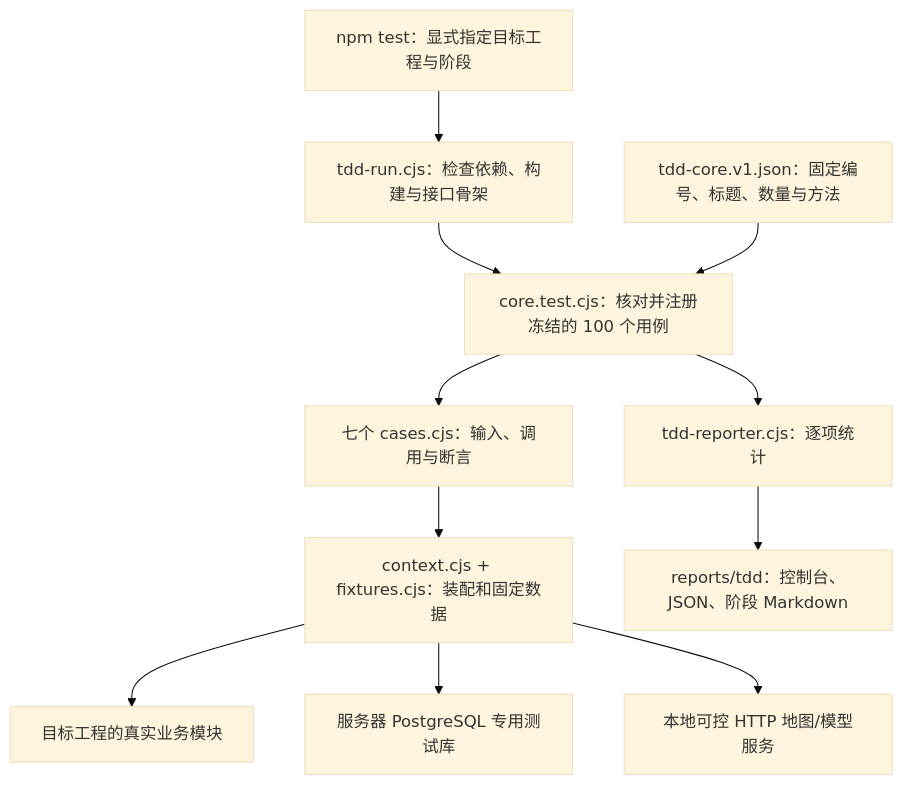
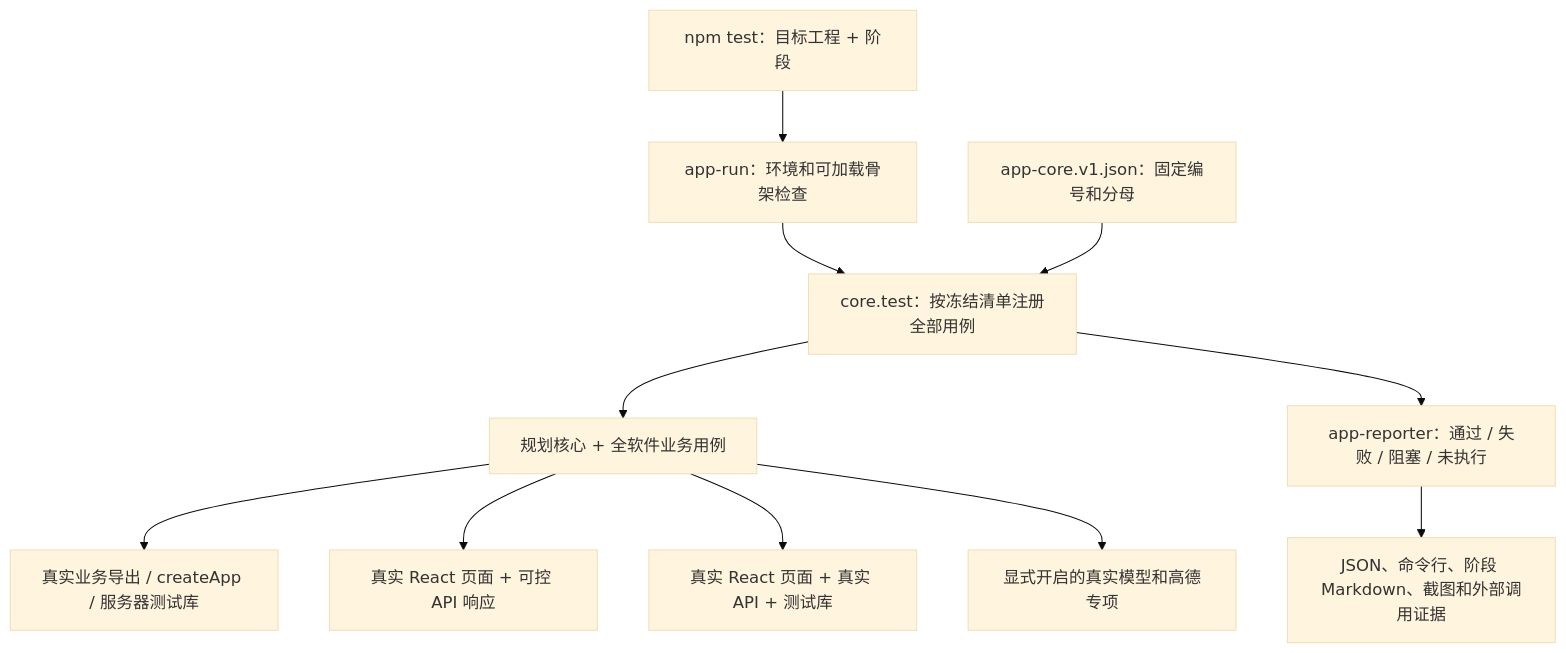
The diagram in APP_Test/README.md (xuezhengzhang-China/Travel-Planning-Assistant), drawn with Mermaid (base theme) before and after one commit. The commit also changed other lines of this file and 36 other files, not shown here.

First line of the commit message:
test: 新增全软件 TDD 测试及架构说明

````diff
--- a/APP_Test/README.md
+++ b/APP_Test/README.md
@@ -41,13 +57,13 @@
 ```mermaid
 flowchart TD
-    A["npm test：显式指定目标工程与阶段"] --> B["tdd-run.cjs：检查依赖、构建与接口骨架"]
-    B --> C["core.test.cjs：核对并注册冻结的 100 个用例"]
-    D["tdd-core.v1.json：固定编号、标题、数量与方法"] --> C
-    C --> E["七个 cases.cjs：输入、调用与断言"]
-    E --> F["context.cjs + fixtures.cjs：装配和固定数据"]
-    F --> G["目标工程的真实业务模块"]
-    F --> H["服务器 PostgreSQL 专用测试库"]
-    F --> I["本地可控 HTTP 地图/模型服务"]
-    C --> J["tdd-reporter.cjs：逐项统计"]
-    J --> K["reports/tdd：控制台、JSON、阶段 Markdown"]
+    A["npm test：目标工程 + 阶段"] --> B["app-run：环境和可加载骨架检查"]
+    B --> C["core.test：按冻结清单注册全部用例"]
+    D["app-core.v1.json：固定编号和分母"] --> C
+    C --> E["规划核心 + 全软件业务用例"]
+    E --> F["真实业务导出 / createApp / 服务器测试库"]
+    E --> G["真实 React 页面 + 可控 API 响应"]
+    E --> H["真实 React 页面 + 真实 API + 测试库"]
+    E --> I["显式开启的真实模型和高德专项"]
+    C --> J["app-reporter：通过 / 失败 / 阻塞 / 未执行"]
+    J --> K["JSON、命令行、阶段 Markdown、截图和外部调用证据"]
 ```
````
